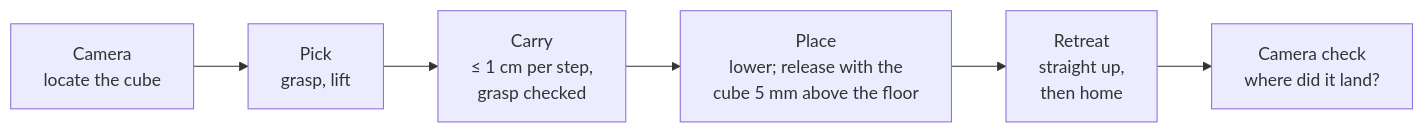
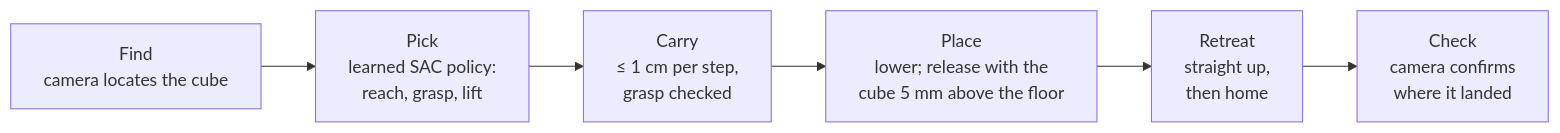
Before and after one commit to SEVT-Logistics-Private-Limited/My-AI-Engineering-Journey: the first of 2 diagrams in projects/vision-rl-pickplace/README.md, drawn with Mermaid. The commit also changed other lines of this file and 1 other file, not shown here.

First line of the commit message:
READMEs: present the project as one pick-and-place system; rename it

````diff
--- a/projects/vision-rl-pickplace/README.md
+++ b/projects/vision-rl-pickplace/README.md
@@ -166,4 +134,4 @@
 ```mermaid
 flowchart LR
-    A["Camera<br/>locate the cube"] --> B["Pick<br/>grasp, lift"] --> C["Carry<br/>≤ 1 cm per step,<br/>grasp checked"] --> D["Place<br/>lower; release with the<br/>cube 5 mm above the floor"] --> E["Retreat<br/>straight up,<br/>then home"] --> F["Camera check<br/>where did it land?"]
+    A["Find<br/>camera locates the cube"] --> B["Pick<br/>learned SAC policy:<br/>reach, grasp, lift"] --> C["Carry<br/>≤ 1 cm per step,<br/>grasp checked"] --> D["Place<br/>lower; release with the<br/>cube 5 mm above the floor"] --> E["Retreat<br/>straight up,<br/>then home"] --> F["Check<br/>camera confirms<br/>where it landed"]
 ```
````
